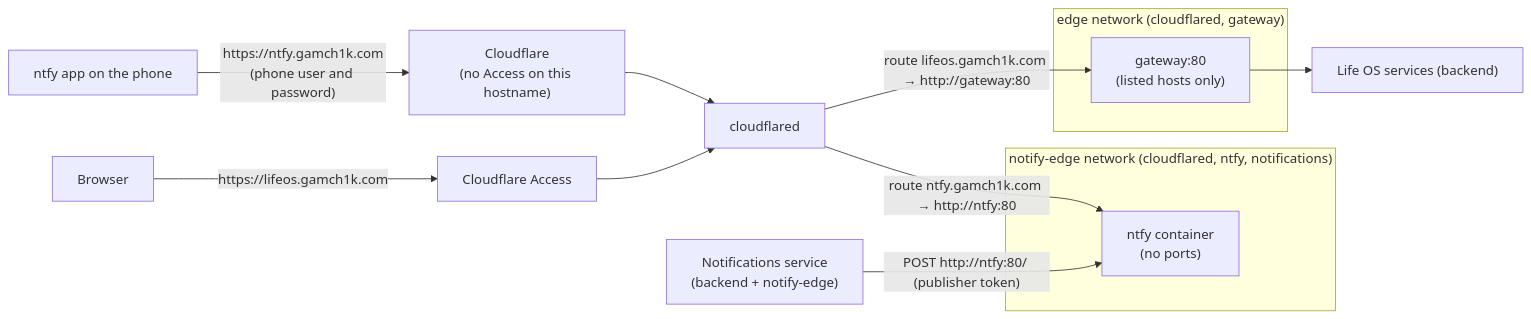
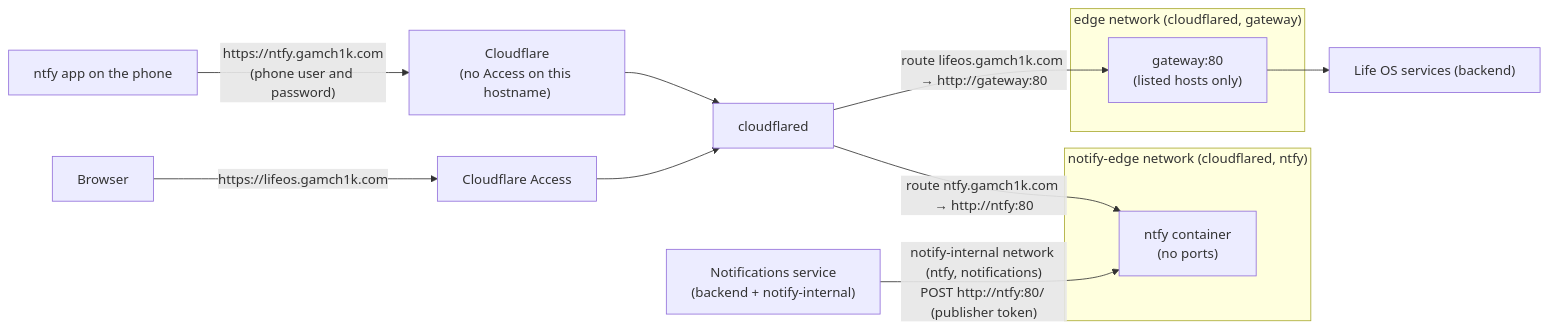
The diagram in docs/operations/ntfy.md (GAMch1k/life-os), drawn with Mermaid before and after one commit. The commit also changed other lines of this file and 8 other files, not shown here.

First line of the commit message:
P12-02 keep cloudflared away from the notifications service

````diff
--- a/docs/operations/ntfy.md
+++ b/docs/operations/ntfy.md
@@ -5,14 +5,14 @@
 ```mermaid
 flowchart LR
-  subgraph notify-edge["notify-edge network (cloudflared, ntfy, notifications)"]
+  subgraph notify-edge["notify-edge network (cloudflared, ntfy)"]
     Ntfy["ntfy container<br>(no ports)"]
   end
   subgraph edge["edge network (cloudflared, gateway)"]
     Gateway["gateway:80<br>(listed hosts only)"]
   end
   Phone["ntfy app on the phone"] -- "https://ntfy.gamch1k.com<br>(phone user and password)" --> CFN["Cloudflare<br>(no Access on this hostname)"] --> Connector[cloudflared]
   Browser -- "https://lifeos.gamch1k.com" --> Access[Cloudflare Access] --> Connector
   Connector -- "route ntfy.gamch1k.com → http://ntfy:80" --> Ntfy
   Connector -- "route lifeos.gamch1k.com → http://gateway:80" --> Gateway --> LifeOS["Life OS services (backend)"]
-  N["Notifications service<br>(backend + notify-edge)"] -- "POST http://ntfy:80/ (publisher token)" --> Ntfy
+  N["Notifications service<br>(backend + notify-internal)"] -- "notify-internal network (ntfy, notifications)<br>POST http://ntfy:80/ (publisher token)" --> Ntfy
 ```
````
